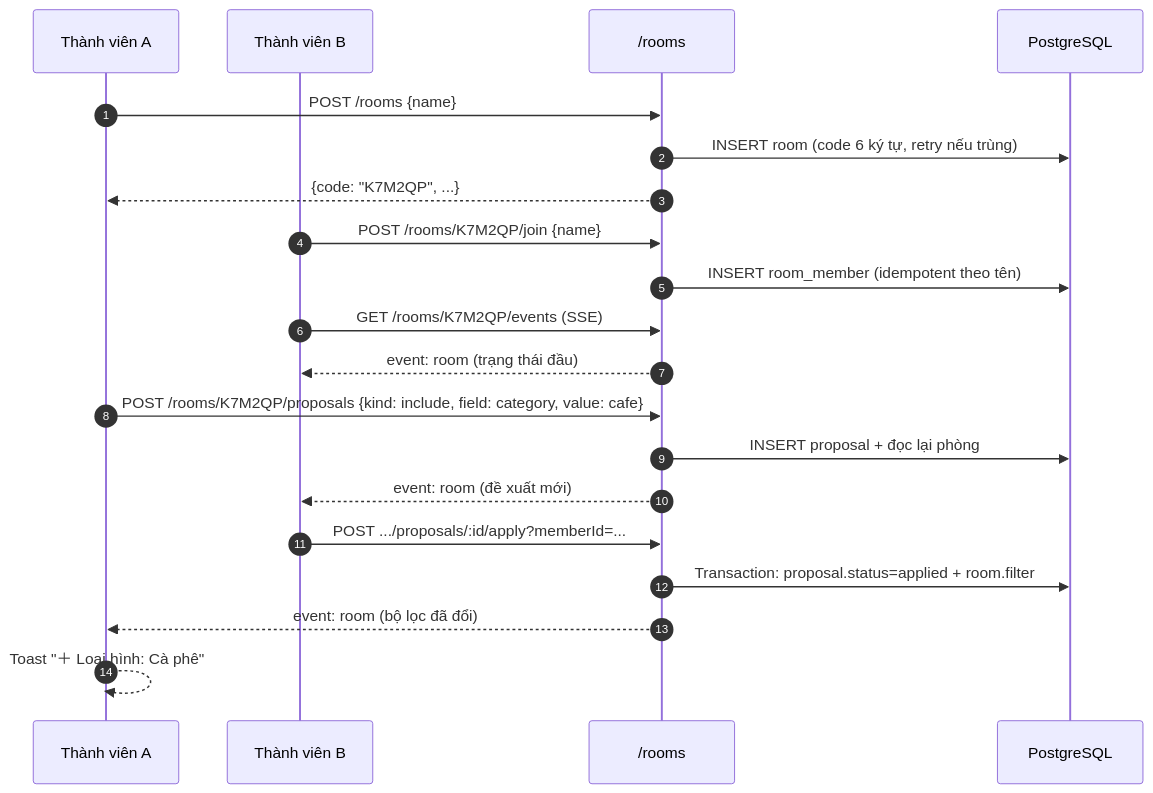
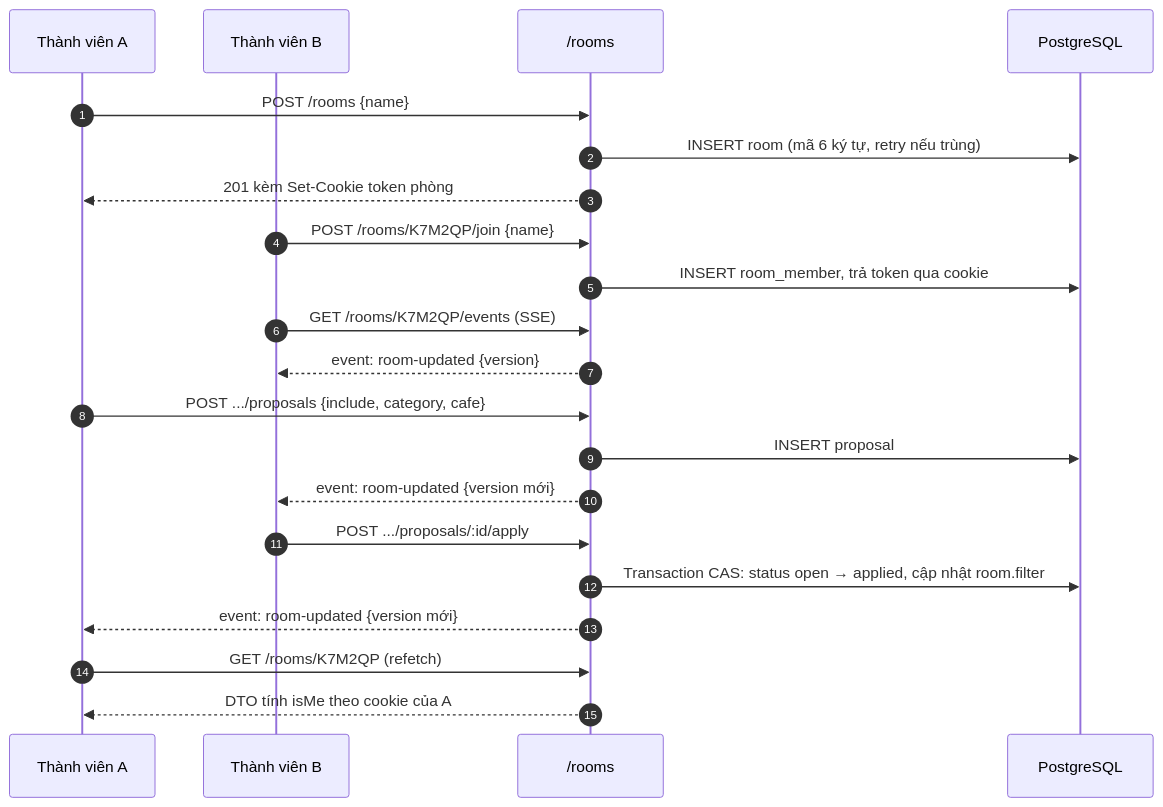
Before and after one commit to longqt321/Rendez-PBL6: the tenth of 14 diagrams in docs/bao-cao/BAO-CAO-DO-AN.md, drawn with Mermaid. The commit also changed other lines of this file, not shown here.

Commit message:
docs: viet lai bao cao do an theo trang thai hien tai

````diff
--- a/docs/bao-cao/BAO-CAO-DO-AN.md
+++ b/docs/bao-cao/BAO-CAO-DO-AN.md
@@ -558,23 +622,24 @@
 ```mermaid
 sequenceDiagram
   autonumber
   participant A as Thành viên A
   participant B as Thành viên B
   participant API as /rooms
   participant DB as PostgreSQL
 
   A->>API: POST /rooms {name}
-  API->>DB: INSERT room (code 6 ký tự, retry nếu trùng)
-  API-->>A: {code: "K7M2QP", ...}
+  API->>DB: INSERT room (mã 6 ký tự, retry nếu trùng)
+  API-->>A: 201 kèm Set-Cookie token phòng
   B->>API: POST /rooms/K7M2QP/join {name}
-  API->>DB: INSERT room_member (idempotent theo tên)
+  API->>DB: INSERT room_member, trả token qua cookie
   B->>API: GET /rooms/K7M2QP/events (SSE)
-  API-->>B: event: room (trạng thái đầu)
-  A->>API: POST /rooms/K7M2QP/proposals {kind: include, field: category, value: cafe}
-  API->>DB: INSERT proposal + đọc lại phòng
-  API-->>B: event: room (đề xuất mới)
-  B->>API: POST .../proposals/:id/apply?memberId=...
-  API->>DB: Transaction: proposal.status=applied + room.filter
-  API-->>A: event: room (bộ lọc đã đổi)
-  A-->>A: Toast "＋ Loại hình: Cà phê"
+  API-->>B: event: room-updated {version}
+  A->>API: POST .../proposals {include, category, cafe}
+  API->>DB: INSERT proposal
+  API-->>B: event: room-updated {version mới}
+  B->>API: POST .../proposals/:id/apply
+  API->>DB: Transaction CAS: status open → applied, cập nhật room.filter
+  API-->>A: event: room-updated {version mới}
+  A->>API: GET /rooms/K7M2QP (refetch)
+  API-->>A: DTO tính isMe theo cookie của A
 ```
````
